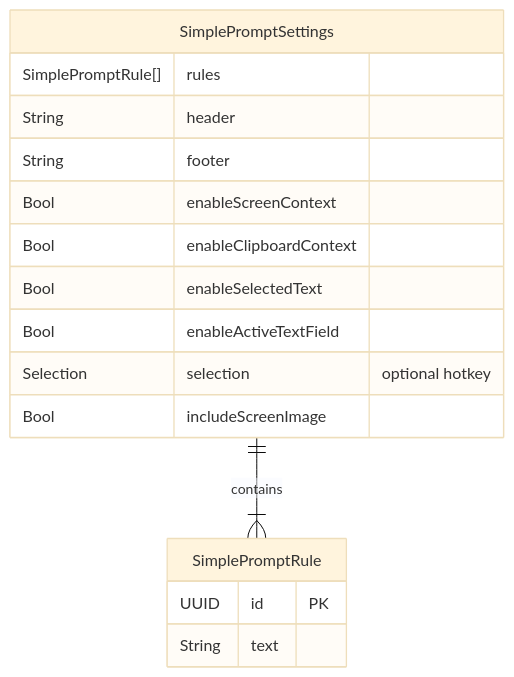
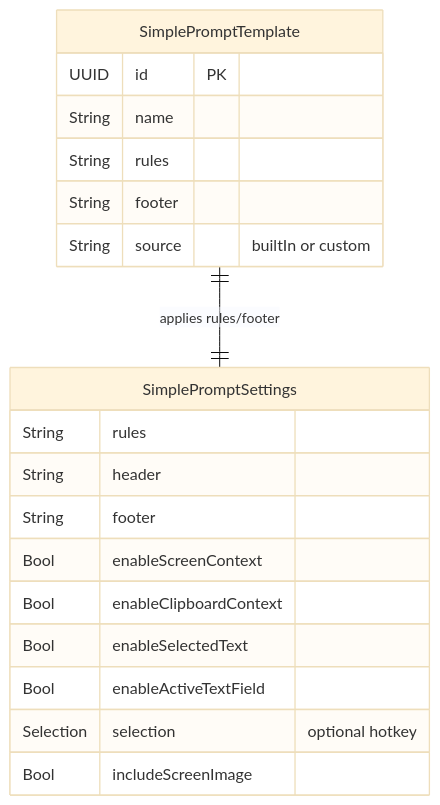
The fourth of 12 diagrams in datamodel.md (dkapo88/WonderWhisper-macOS), drawn with Mermaid (base theme) before and after one commit. The commit also changed other lines of this file and 6 other files, not shown here.

````diff
--- a/datamodel.md
+++ b/datamodel.md
@@ -202,21 +202,24 @@
 ```mermaid
 erDiagram
     SimplePromptSettings {
-        SimplePromptRule[] rules
+        String rules
         String header
         String footer
         Bool enableScreenContext
         Bool enableClipboardContext
         Bool enableSelectedText
         Bool enableActiveTextField
         Selection selection "optional hotkey"
         Bool includeScreenImage
     }
-    
-    SimplePromptRule {
+
+    SimplePromptTemplate {
         UUID id PK
-        String text
+        String name
+        String rules
+        String footer
+        String source "builtIn or custom"
     }
     
-    SimplePromptSettings ||--|{ SimplePromptRule : "contains"
+    SimplePromptTemplate ||--|| SimplePromptSettings : "applies rules/footer"
 ```
````
